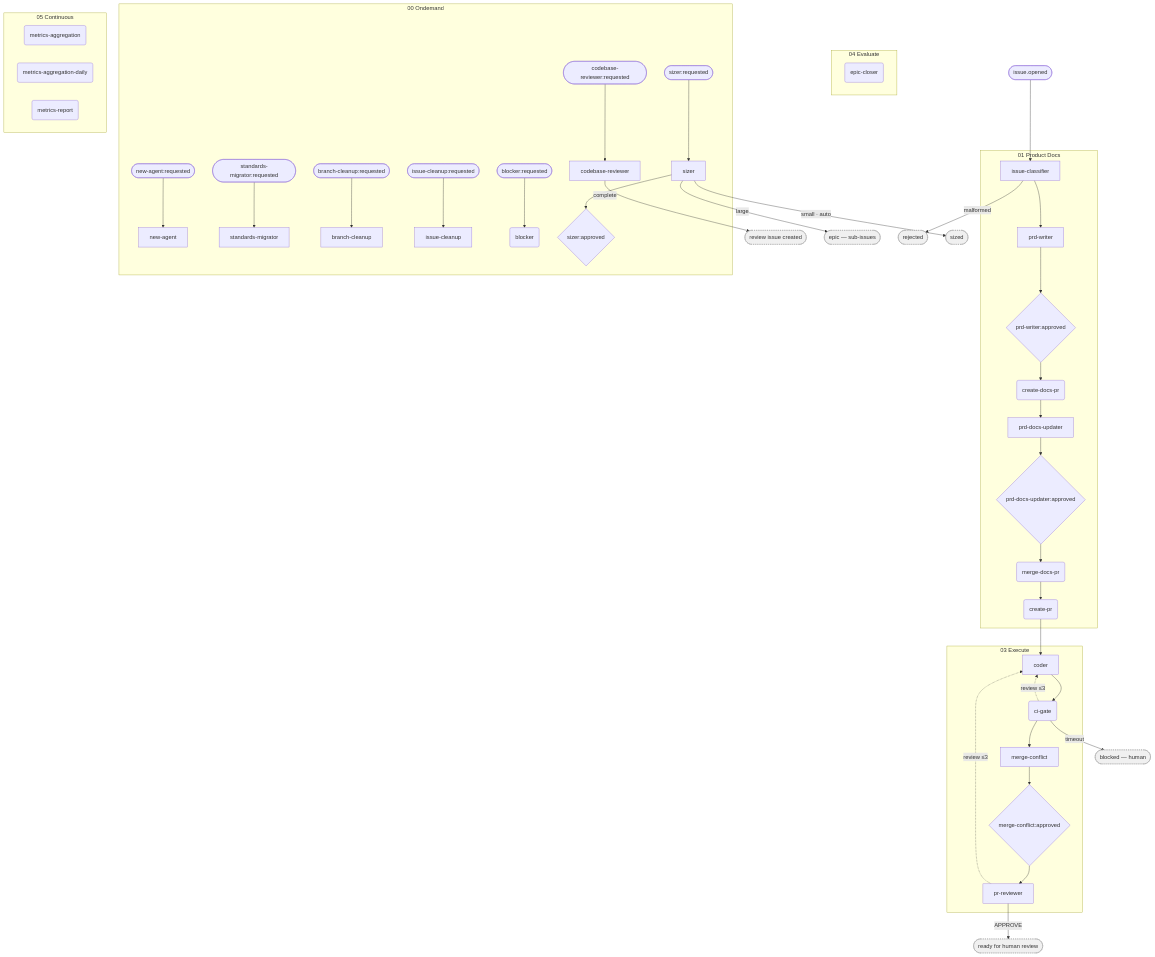
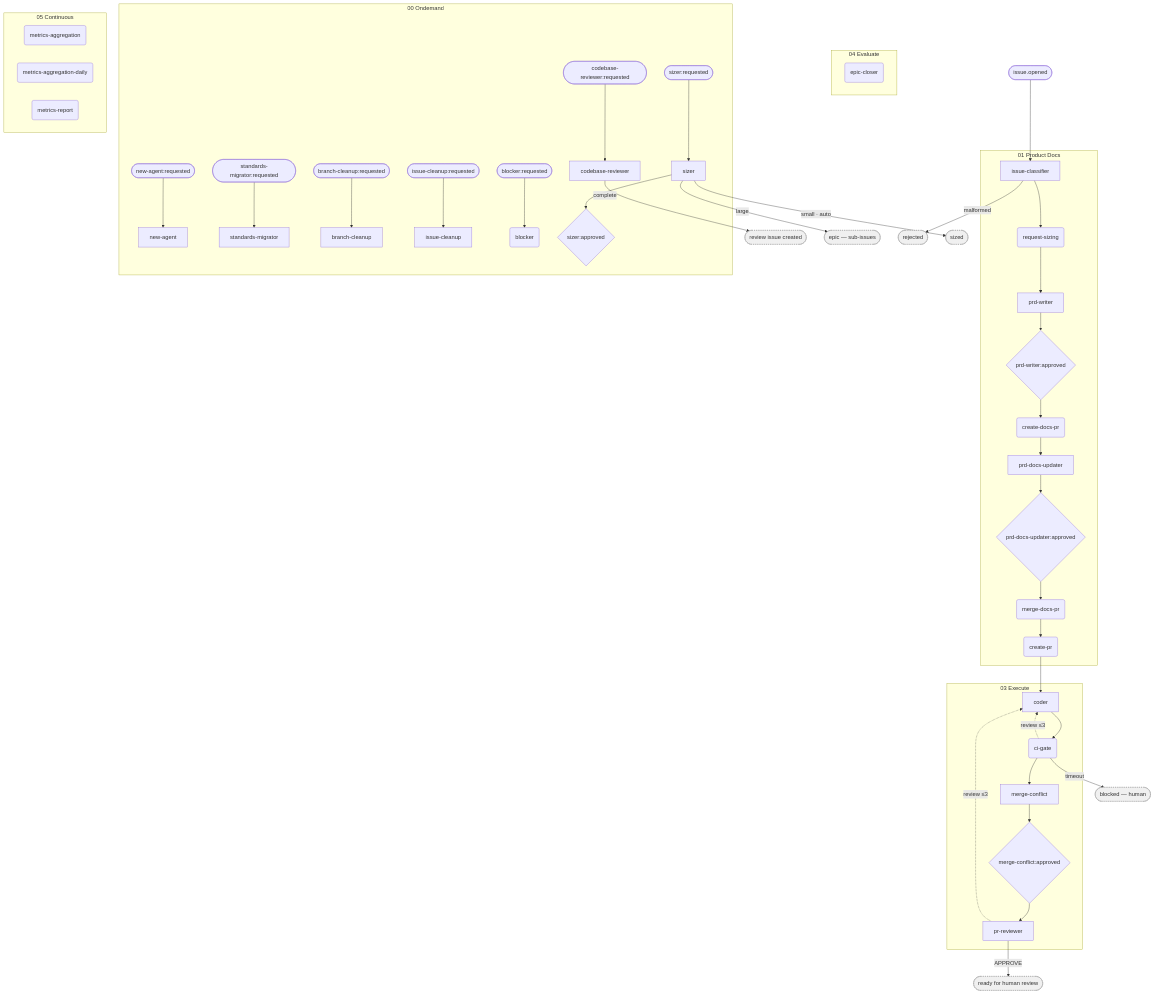
The diagram in docs/product/orchestrator/generated/pipeline_phases.mmd (M-A-Operating-System/ai-coding-standards2), drawn with Mermaid before and after one commit. The commit also changed 8 other files, not shown here.

```diff
--- a/docs/product/orchestrator/generated/pipeline_phases.mmd
+++ b/docs/product/orchestrator/generated/pipeline_phases.mmd
@@ -1,80 +1,82 @@
 flowchart TD
     entry_n_01_product_docs__issue_classifier(["issue.opened"])
     subgraph 01_product_docs["01 Product Docs"]
         n_01_product_docs__issue_classifier["issue-classifier"]
+        n_01_product_docs__request_sizing("request-sizing")
         n_01_product_docs__prd_writer["prd-writer"]
         n_01_product_docs__create_docs_pr("create-docs-pr")
         n_01_product_docs__prd_docs_updater["prd-docs-updater"]
         n_01_product_docs__merge_docs_pr("merge-docs-pr")
         n_01_product_docs__create_pr("create-pr")
         gate__n_01_product_docs__prd_writer{"prd-writer:approved"}
         gate__n_01_product_docs__prd_docs_updater{"prd-docs-updater:approved"}
     end
     subgraph 03_execute["03 Execute"]
         n_03_execute__coder["coder"]
         n_03_execute__ci_gate("ci-gate")
         n_03_execute__merge_conflict["merge-conflict"]
         n_03_execute__pr_reviewer["pr-reviewer"]
         gate__n_03_execute__merge_conflict{"merge-conflict:approved"}
     end
     subgraph 04_evaluate["04 Evaluate"]
         n_04_evaluate__epic_closer("epic-closer")
     end
     subgraph 00_ondemand["00 Ondemand"]
         entry_n_00_ondemand__codebase_reviewer(["codebase-reviewer:requested"])
         entry_n_00_ondemand__sizer(["sizer:requested"])
         entry_n_00_ondemand__new_agent(["new-agent:requested"])
         entry_n_00_ondemand__standards_migrator(["standards-migrator:requested"])
         entry_n_00_ondemand__branch_cleanup(["branch-cleanup:requested"])
         entry_n_00_ondemand__issue_cleanup(["issue-cleanup:requested"])
         entry_n_00_ondemand__blocker(["blocker:requested"])
         n_00_ondemand__codebase_reviewer["codebase-reviewer"]
         n_00_ondemand__sizer["sizer"]
         n_00_ondemand__new_agent["new-agent"]
         n_00_ondemand__standards_migrator["standards-migrator"]
         n_00_ondemand__branch_cleanup["branch-cleanup"]
         n_00_ondemand__issue_cleanup["issue-cleanup"]
         n_00_ondemand__blocker("blocker")
         gate__n_00_ondemand__sizer{"sizer:approved"}
     end
     subgraph 05_continuous["05 Continuous"]
         n_05_continuous__metrics_aggregation("metrics-aggregation")
         n_05_continuous__metrics_aggregation_daily("metrics-aggregation-daily")
         n_05_continuous__metrics_report("metrics-report")
     end
     term_blocked(["blocked — human"]):::term
     term_cr_done(["review issue created"]):::term
     term_epic(["epic — sub-issues"]):::term
     term_ready(["ready for human review"]):::term
     term_rejected(["rejected"]):::term
     term_sized(["sized"]):::term
     entry_n_01_product_docs__issue_classifier --> n_01_product_docs__issue_classifier
     entry_n_00_ondemand__codebase_reviewer --> n_00_ondemand__codebase_reviewer
     entry_n_00_ondemand__sizer --> n_00_ondemand__sizer
     entry_n_00_ondemand__new_agent --> n_00_ondemand__new_agent
     entry_n_00_ondemand__standards_migrator --> n_00_ondemand__standards_migrator
     entry_n_00_ondemand__branch_cleanup --> n_00_ondemand__branch_cleanup
     entry_n_00_ondemand__issue_cleanup --> n_00_ondemand__issue_cleanup
     entry_n_00_ondemand__blocker --> n_00_ondemand__blocker
     n_01_product_docs__prd_writer --> gate__n_01_product_docs__prd_writer
     n_01_product_docs__prd_docs_updater --> gate__n_01_product_docs__prd_docs_updater
     n_03_execute__merge_conflict --> gate__n_03_execute__merge_conflict
     n_00_ondemand__sizer --> gate__n_00_ondemand__sizer
-    n_01_product_docs__issue_classifier --> n_01_product_docs__prd_writer
+    n_01_product_docs__issue_classifier --> n_01_product_docs__request_sizing
+    n_01_product_docs__request_sizing --> n_01_product_docs__prd_writer
     gate__n_01_product_docs__prd_writer --> n_01_product_docs__create_docs_pr
     n_01_product_docs__create_docs_pr --> n_01_product_docs__prd_docs_updater
     gate__n_01_product_docs__prd_docs_updater --> n_01_product_docs__merge_docs_pr
     n_01_product_docs__merge_docs_pr --> n_01_product_docs__create_pr
     n_01_product_docs__create_pr --> n_03_execute__coder
     n_03_execute__coder --> n_03_execute__ci_gate
     n_03_execute__ci_gate --> n_03_execute__merge_conflict
     gate__n_03_execute__merge_conflict --> n_03_execute__pr_reviewer
     n_03_execute__ci_gate -. review ≤3 .-> n_03_execute__coder
     n_03_execute__pr_reviewer -. review ≤3 .-> n_03_execute__coder
     n_01_product_docs__issue_classifier -->|malformed| term_rejected
     n_03_execute__ci_gate -->|timeout| term_blocked
     n_03_execute__pr_reviewer -->|APPROVE| term_ready
     n_00_ondemand__sizer -->|small · auto| term_sized
     n_00_ondemand__sizer -->|large| term_epic
     n_00_ondemand__codebase_reviewer -->|complete| term_cr_done
     classDef term fill:#f0f0f0,stroke:#999,stroke-dasharray:3
```
